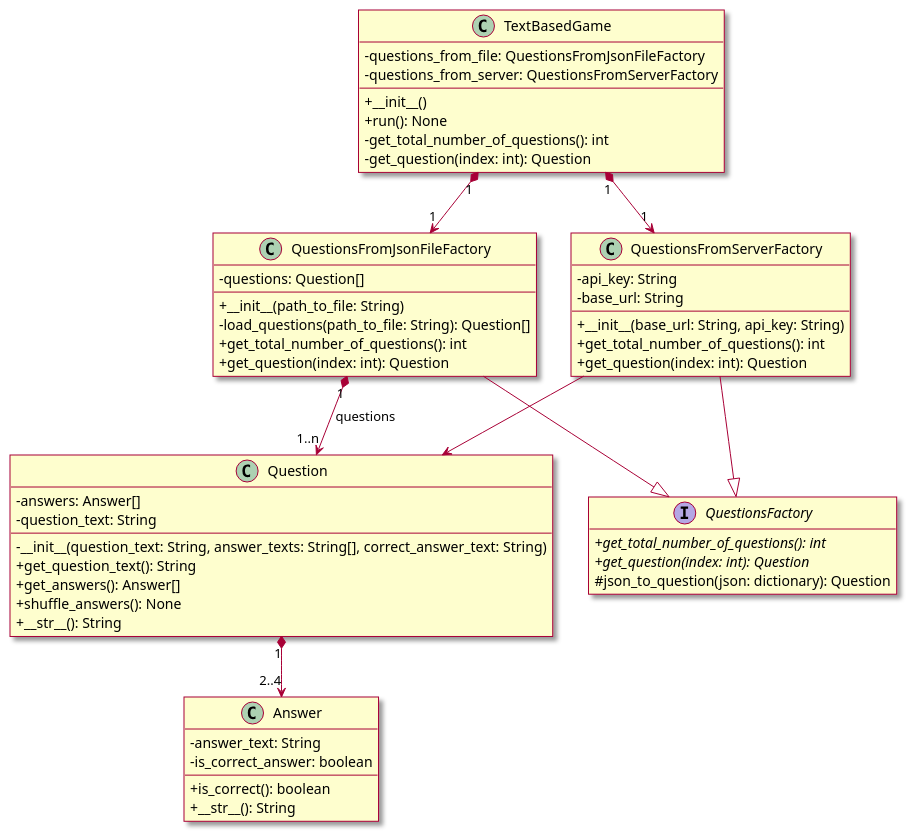
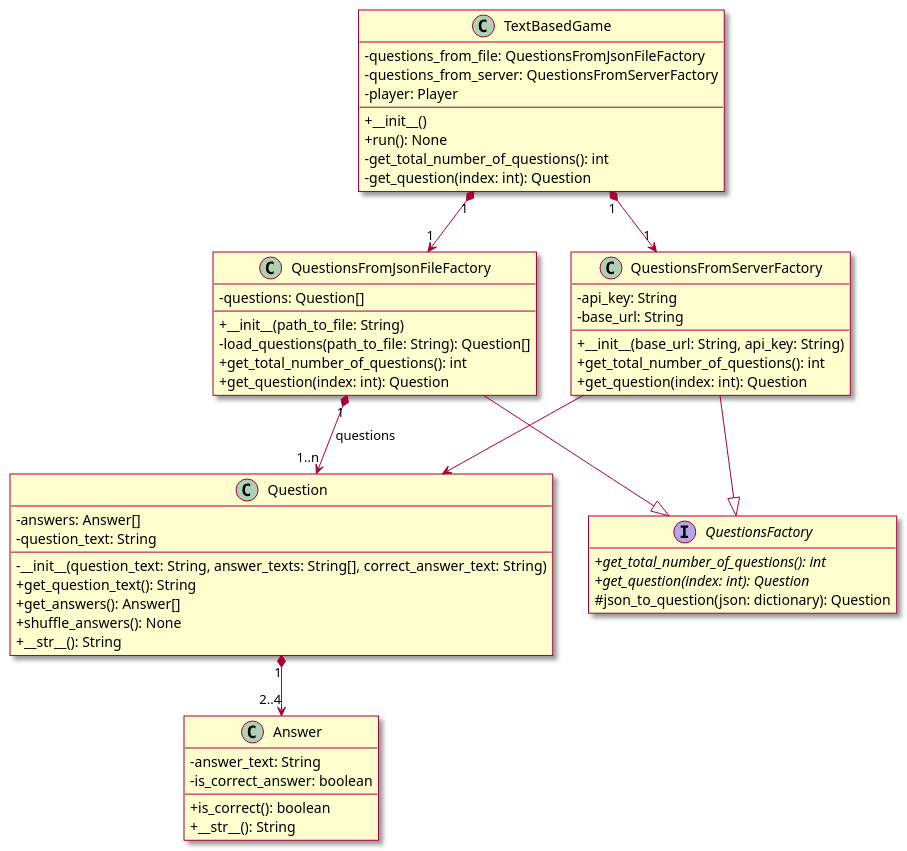
One commit to killuari/quiz_game_ctk changed the diagram in diagrams/question_data.puml. Above: the diagram before and after it, drawn with PlantUML. The commit also changed 1 other file, not shown here.

Commit message:
Initialize player in Constructor

```diff
--- a/diagrams/question_data.puml
+++ b/diagrams/question_data.puml
@@ -1,63 +1,64 @@
 @startuml
 hide empty members
 skin rose
 skinparam classAttributeIconSize 0
 
 class Question {
     - answers: Answer[]
     - question_text: String
     - __init__(question_text: String, answer_texts: String[], correct_answer_text: String)
     + get_question_text(): String
     + get_answers(): Answer[]
     + shuffle_answers(): None
     + __str__(): String
 }
 
 class Answer {
     - answer_text: String
     - is_correct_answer: boolean
     + is_correct(): boolean
     + __str__(): String
 }
 
 class QuestionsFromJsonFileFactory {
     - questions: Question[]
     + __init__(path_to_file: String)
     - load_questions(path_to_file: String): Question[]
     + get_total_number_of_questions(): int
     + get_question(index: int): Question
 }
 
 class QuestionsFromServerFactory {
     - api_key: String
     - base_url: String
     + __init__(base_url: String, api_key: String)
     + get_total_number_of_questions(): int
     + get_question(index: int): Question
 }
 
 interface QuestionsFactory {
     + {abstract} get_total_number_of_questions(): int
     + {abstract} get_question(index: int): Question
     # json_to_question(json: dictionary): Question
 }
 
 class TextBasedGame {
     - questions_from_file: QuestionsFromJsonFileFactory
     - questions_from_server: QuestionsFromServerFactory
+    - player: Player
     + __init__()
     + run(): None
     - get_total_number_of_questions(): int
     - get_question(index: int): Question
 
 }
 
 Question "1" *--> "2..4" Answer
 QuestionsFromJsonFileFactory "1" *--> "1..n" Question: questions
 QuestionsFromServerFactory --> Question
 QuestionsFromServerFactory --|> QuestionsFactory
 QuestionsFromJsonFileFactory --|> QuestionsFactory
 TextBasedGame "1" *--> "1" QuestionsFromJsonFileFactory
 TextBasedGame "1" *--> "1" QuestionsFromServerFactory
 
 @enduml
```
